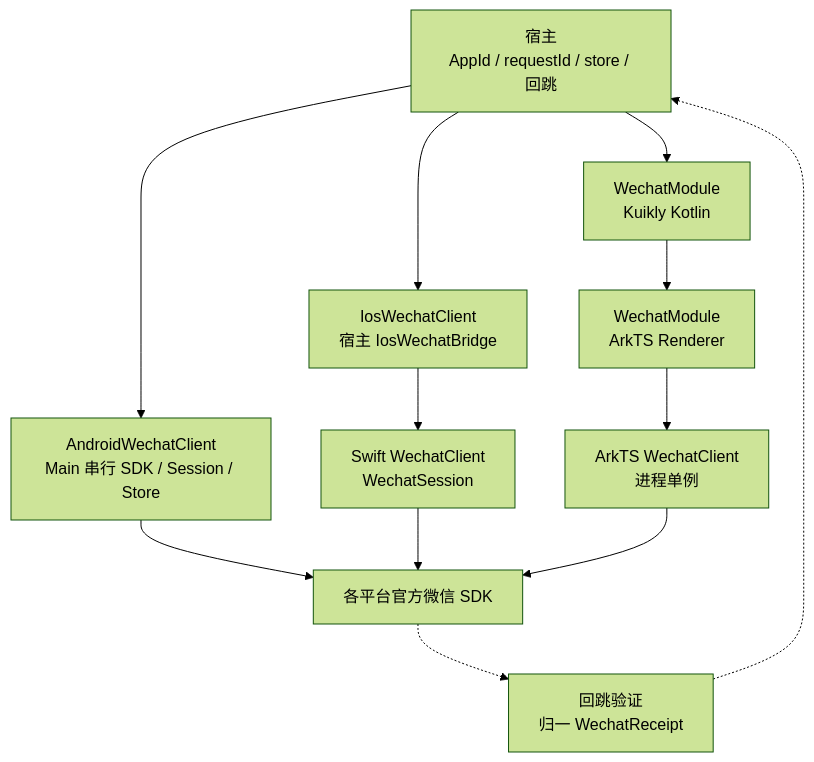
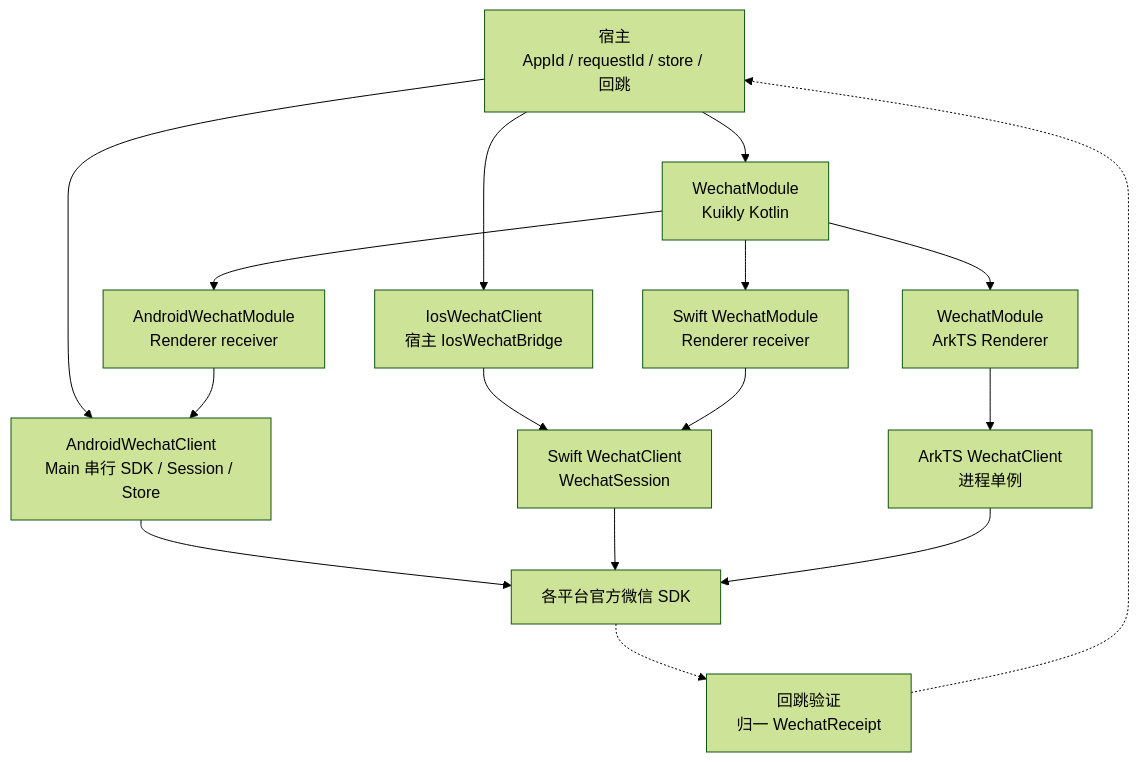
The first of 3 diagrams in README.md (gycrosskit/wechat), drawn with Mermaid (forest theme) before and after one commit. The commit also changed other lines of this file and 13 other files, not shown here.

````diff
--- a/README.md
+++ b/README.md
@@ -27,14 +29,18 @@
 ```mermaid
 flowchart TB
     H["宿主<br/>AppId / requestId / store / 回跳"] --> A["AndroidWechatClient<br/>Main 串行 SDK / Session / Store"]
     H --> I["IosWechatClient<br/>宿主 IosWechatBridge"]
     I --> S["Swift WechatClient<br/>WechatSession"]
     H --> K["WechatModule<br/>Kuikly Kotlin"]
+    K --> AR["AndroidWechatModule<br/>Renderer receiver"]
+    AR --> A
+    K --> IR["Swift WechatModule<br/>Renderer receiver"]
+    IR --> S
     K --> R["WechatModule<br/>ArkTS Renderer"]
     R --> O["ArkTS WechatClient<br/>进程单例"]
     A --> SDK["各平台官方微信 SDK"]
     S --> SDK
     O --> SDK
     SDK -.-> E["回跳验证<br/>归一 WechatReceipt"]
     E -.-> H
 ```
````
